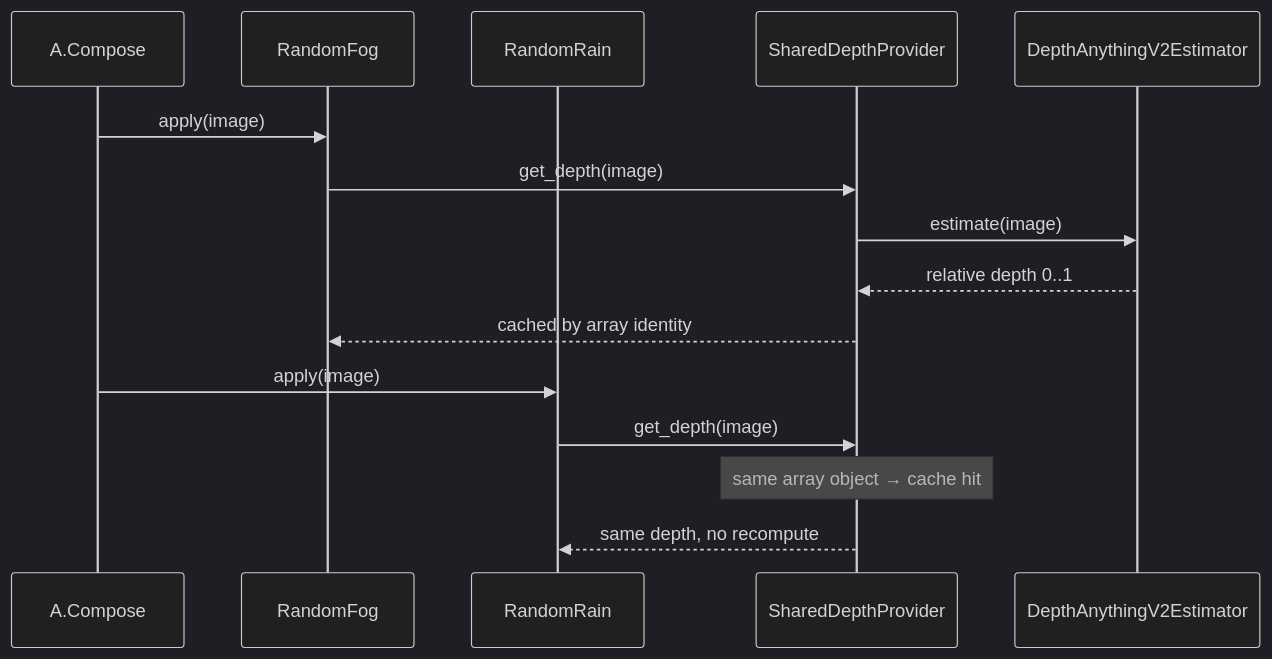
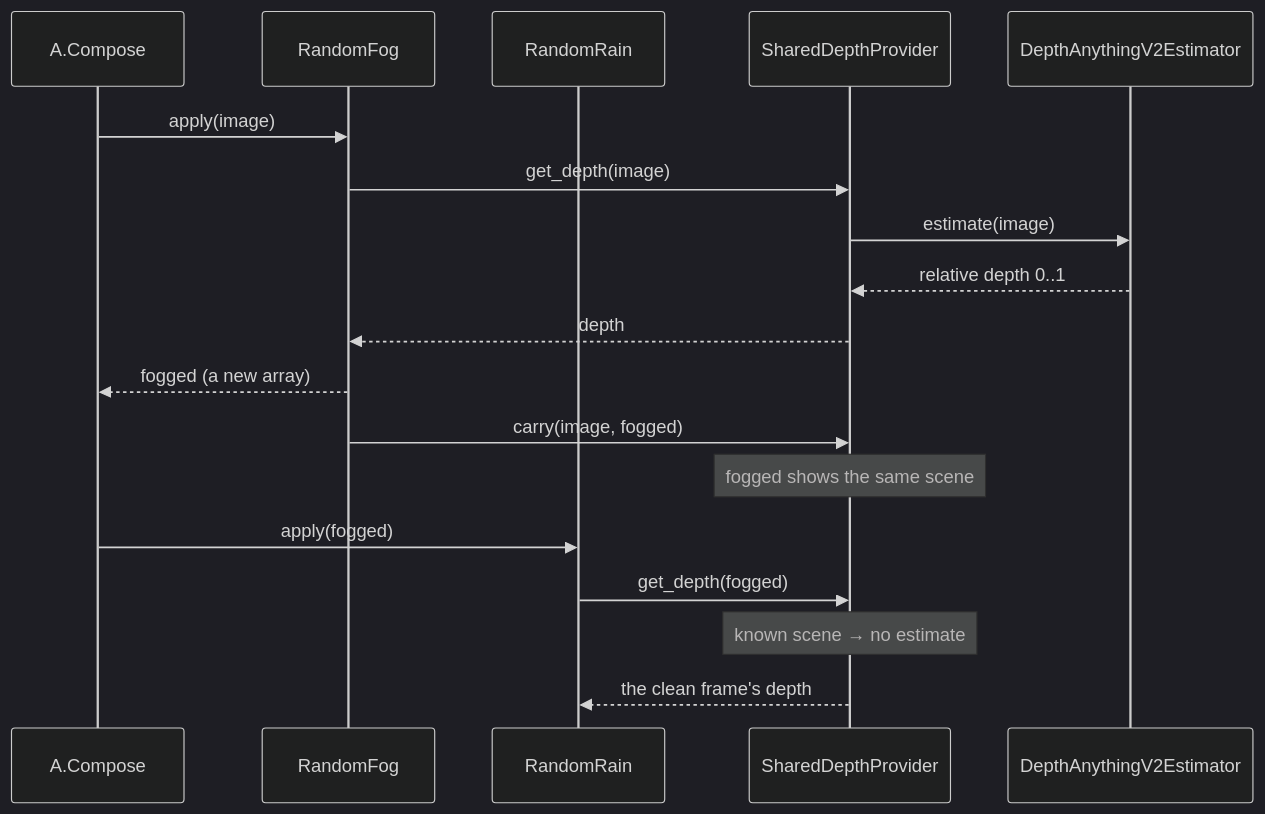
The fourth of 18 diagrams in docs/how_it_works.md (desmoteo/surmentations), drawn with Mermaid (dark theme) before and after one commit. The commit also changed other lines of this file and 6 other files, not shown here.

````diff
--- a/docs/how_it_works.md
+++ b/docs/how_it_works.md
@@ -101,18 +101,21 @@
 ```mermaid
 sequenceDiagram
     participant C as A.Compose
     participant F as RandomFog
     participant R as RandomRain
     participant P as SharedDepthProvider
     participant E as DepthAnythingV2Estimator
 
     C->>F: apply(image)
     F->>P: get_depth(image)
     P->>E: estimate(image)
     E-->>P: relative depth 0..1
-    P-->>F: cached by array identity
-    C->>R: apply(image)
-    R->>P: get_depth(image)
-    Note over P: same array object → cache hit
-    P-->>R: same depth, no recompute
+    P-->>F: depth
+    F-->>C: fogged (a new array)
+    F->>P: carry(image, fogged)
+    Note over P: fogged shows the same scene
+    C->>R: apply(fogged)
+    R->>P: get_depth(fogged)
+    Note over P: known scene → no estimate
+    P-->>R: the clean frame's depth
 ```
````
